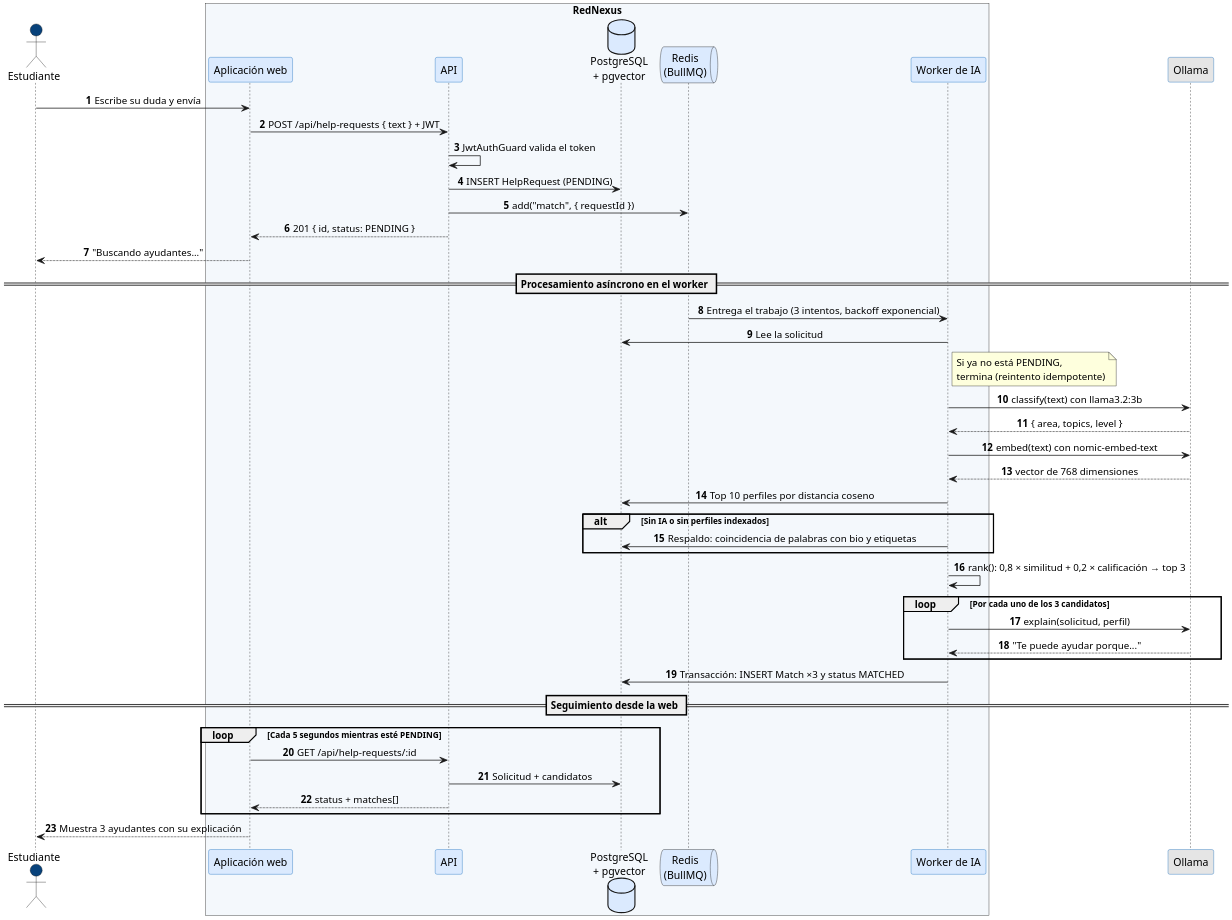
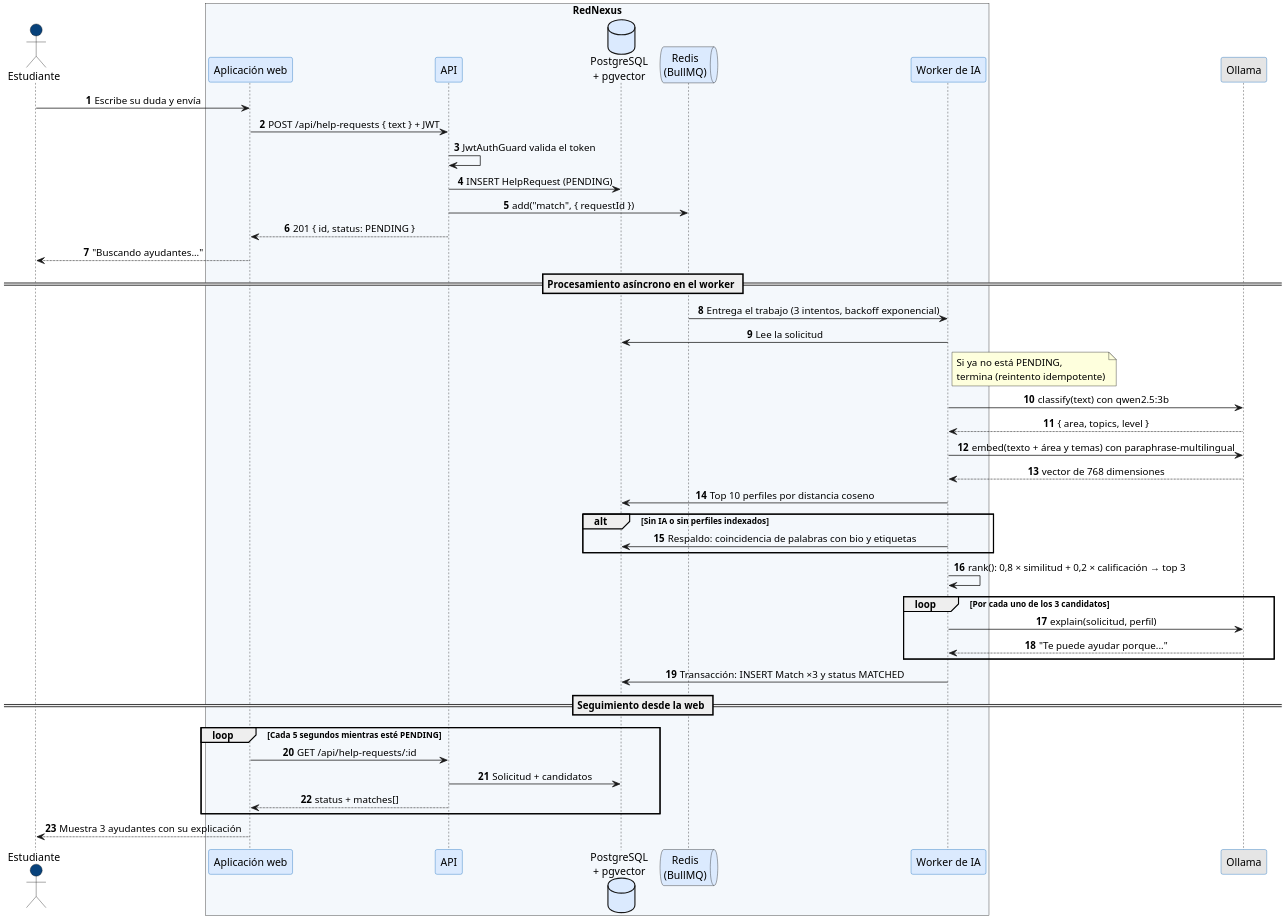
Before and after one commit to juanjosegl/RedNexus-Platform: the diagram in docs/arquitectura/diagramas/08-secuencia-solicitud-emparejamiento.puml, drawn with PlantUML. The commit also changed 19 other files, not shown here.

```diff
--- a/docs/arquitectura/diagramas/08-secuencia-solicitud-emparejamiento.puml
+++ b/docs/arquitectura/diagramas/08-secuencia-solicitud-emparejamiento.puml
@@ -1,61 +1,61 @@
 @startuml 08-secuencia-solicitud-emparejamiento
 ' Publicar una solicitud y emparejar con IA (asíncrono)
 skinparam dpi 200
 skinparam defaultFontName "Helvetica"
 skinparam shadowing false
 skinparam sequenceMessageAlign center
 skinparam ParticipantBackgroundColor #dbeafe
 skinparam ParticipantBorderColor #1168bd
 skinparam DatabaseBackgroundColor #dbeafe
 skinparam QueueBackgroundColor #dbeafe
 skinparam ActorBackgroundColor #08427b
 skinparam BoxPadding 8
 autonumber
 
 actor "Estudiante" as S
 box "RedNexus" #f4f8fc
   participant "Aplicación web" as W
   participant "API" as A
   database "PostgreSQL\n+ pgvector" as DB
   queue "Redis\n(BullMQ)" as Q
   participant "Worker de IA" as K
 end box
 participant "Ollama" as O #e5e5e5
 
 S -> W : Escribe su duda y envía
 W -> A : POST /api/help-requests { text } + JWT
 A -> A : JwtAuthGuard valida el token
 A -> DB : INSERT HelpRequest (PENDING)
 A -> Q : add("match", { requestId })
 A --> W : 201 { id, status: PENDING }
 W --> S : "Buscando ayudantes..."
 
 == Procesamiento asíncrono en el worker ==
 
 Q -> K : Entrega el trabajo (3 intentos, backoff exponencial)
 K -> DB : Lee la solicitud
 note right of K : Si ya no está PENDING,\ntermina (reintento idempotente)
-K -> O : classify(text) con llama3.2:3b
+K -> O : classify(text) con qwen2.5:3b
 O --> K : { area, topics, level }
-K -> O : embed(text) con nomic-embed-text
+K -> O : embed(texto + área y temas) con paraphrase-multilingual
 O --> K : vector de 768 dimensiones
 K -> DB : Top 10 perfiles por distancia coseno
 alt Sin IA o sin perfiles indexados
   K -> DB : Respaldo: coincidencia de palabras con bio y etiquetas
 end
 K -> K : rank(): 0,8 × similitud + 0,2 × calificación → top 3
 loop Por cada uno de los 3 candidatos
   K -> O : explain(solicitud, perfil)
   O --> K : "Te puede ayudar porque..."
 end
 K -> DB : Transacción: INSERT Match ×3 y status MATCHED
 
 == Seguimiento desde la web ==
 
 loop Cada 5 segundos mientras esté PENDING
   W -> A : GET /api/help-requests/:id
   A -> DB : Solicitud + candidatos
   A --> W : status + matches[]
 end
 W --> S : Muestra 3 ayudantes con su explicación
 @enduml
```
